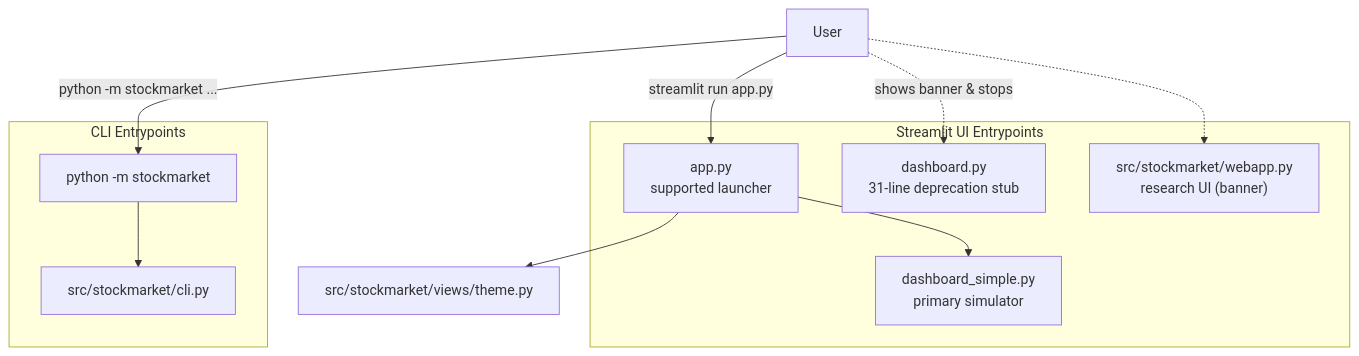
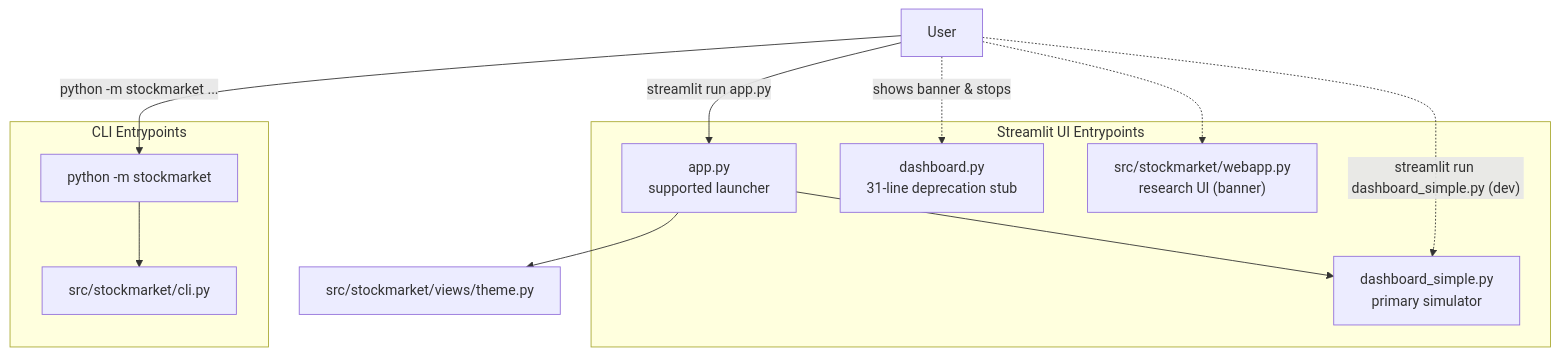
Before and after one commit to KatkarPankaj/Trading-strategy: the first of 9 diagrams in CODEBASE_DATAFLOW.md, drawn with Mermaid. The commit also changed other lines of this file and 2 other files, not shown here.

First line of the commit message:
docs: consolidate design and architecture content into CODEBASE_STRUCTURE and CODEBASE_DATAFLOW

````diff
--- a/CODEBASE_DATAFLOW.md
+++ b/CODEBASE_DATAFLOW.md
@@ -9,26 +13,27 @@
 ```mermaid
 flowchart TD
   User["User"]
 
   subgraph UI["Streamlit UI Entrypoints"]
     App["app.py\nsupported launcher"]
     Simple["dashboard_simple.py\nprimary simulator"]
     Legacy["dashboard.py\n31-line deprecation stub"]
     WebApp["src/stockmarket/webapp.py\nresearch UI (banner)"]
   end
 
   subgraph CLI["CLI Entrypoints"]
     Module["python -m stockmarket"]
     CliPy["src/stockmarket/cli.py"]
   end
 
   User -->|"streamlit run app.py"| App
   App --> Theme["src/stockmarket/views/theme.py"]
   App --> Simple
 
+  User -. "streamlit run dashboard_simple.py (dev)" .-> Simple
   User -. "shows banner & stops" .-> Legacy
   User -.-> WebApp
 
   User -->|"python -m stockmarket ..."| Module
   Module --> CliPy
 ```
````
